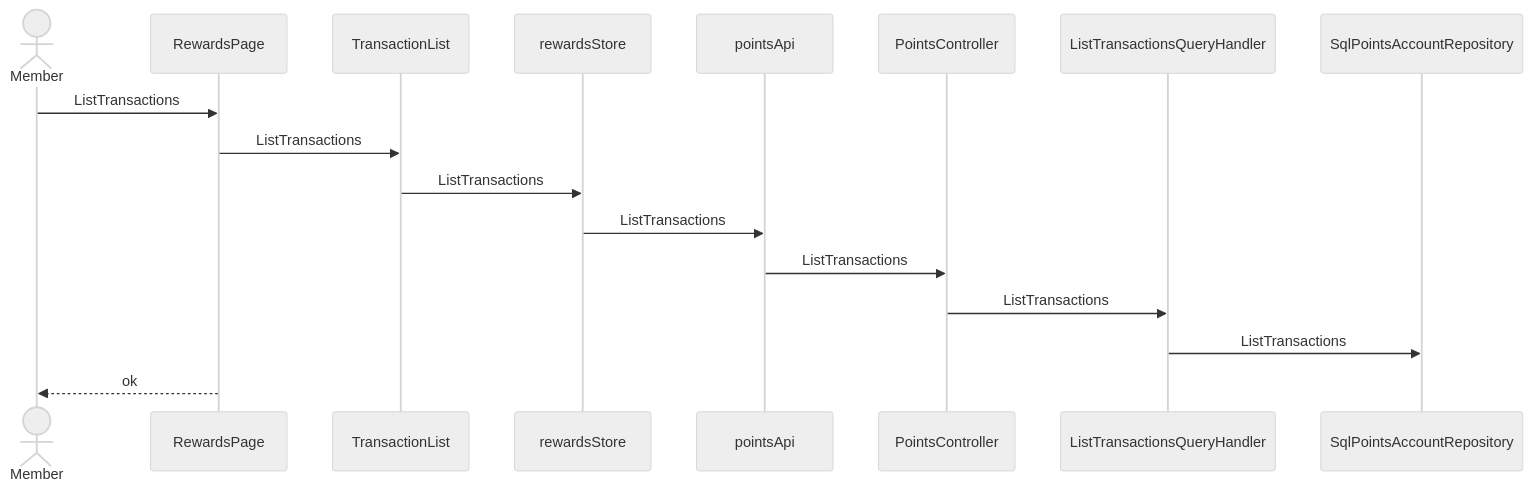
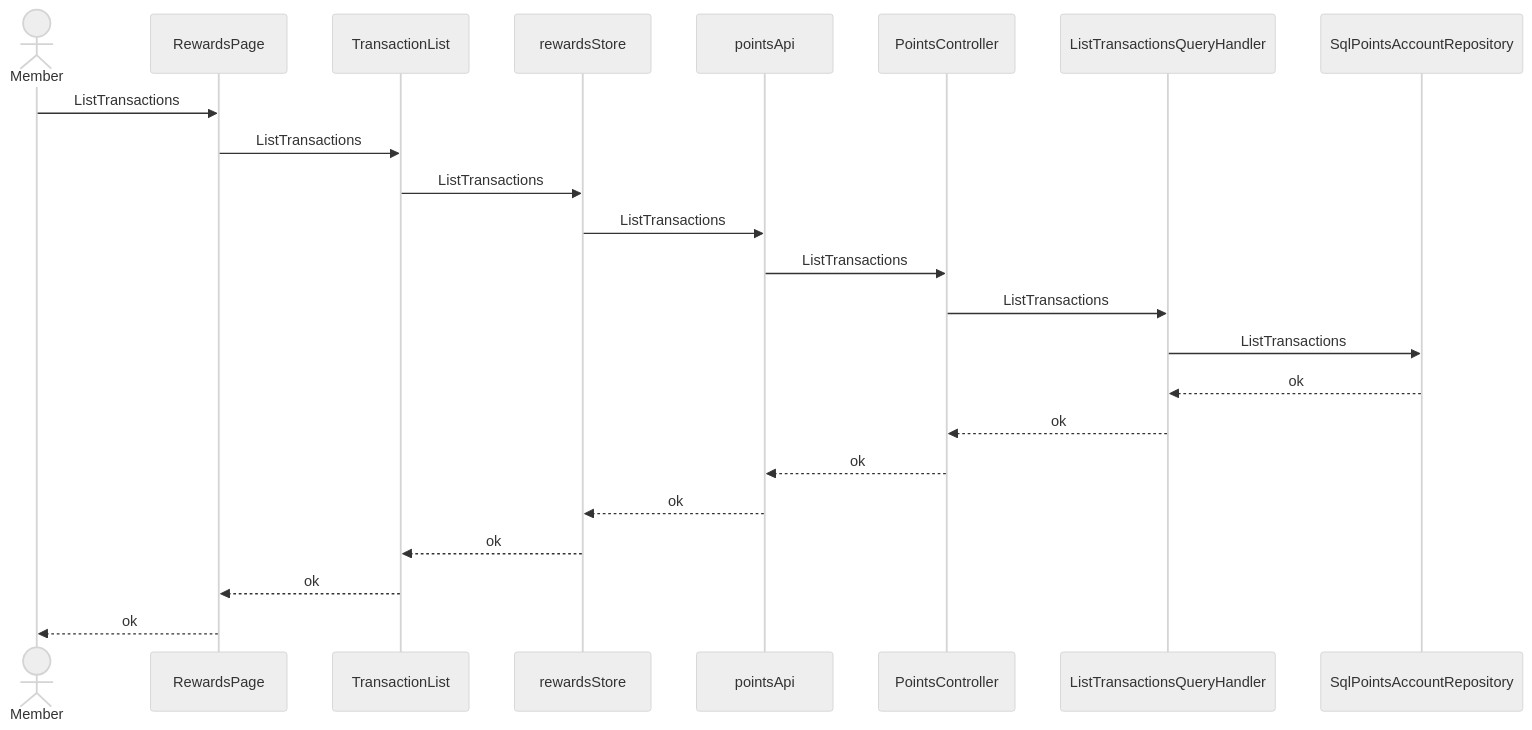
Before and after one commit to pin0513/AITools: the sixth of 6 diagrams in skills/spec-dev-process/examples/matrix/fs-front-mixed-s3/specs/rd/points-redemption/spec/30-architecture-c4.md, drawn with Mermaid (neutral theme). The commit also changed other lines of this file and 257 other files, not shown here.

````diff
--- a/skills/spec-dev-process/examples/matrix/fs-front-mixed-s3/specs/rd/points-redemption/spec/30-architecture-c4.md
+++ b/skills/spec-dev-process/examples/matrix/fs-front-mixed-s3/specs/rd/points-redemption/spec/30-architecture-c4.md
@@ -139,19 +149,25 @@
 ```mermaid
 sequenceDiagram
   actor U as Member
   participant CMP001 as RewardsPage
   participant CMP003 as TransactionList
   participant CMP004 as rewardsStore
   participant CMP005 as pointsApi
   participant CMP006 as PointsController
   participant CMP009 as ListTransactionsQueryHandler
   participant CMP010 as SqlPointsAccountRepository
   U->>CMP001: ListTransactions
   CMP001->>CMP003: ListTransactions
   CMP003->>CMP004: ListTransactions
   CMP004->>CMP005: ListTransactions
   CMP005->>CMP006: ListTransactions
   CMP006->>CMP009: ListTransactions
   CMP009->>CMP010: ListTransactions
+  CMP010-->>CMP009: ok
+  CMP009-->>CMP006: ok
+  CMP006-->>CMP005: ok
+  CMP005-->>CMP004: ok
+  CMP004-->>CMP003: ok
+  CMP003-->>CMP001: ok
   CMP001-->>U: ok
 ```
````
